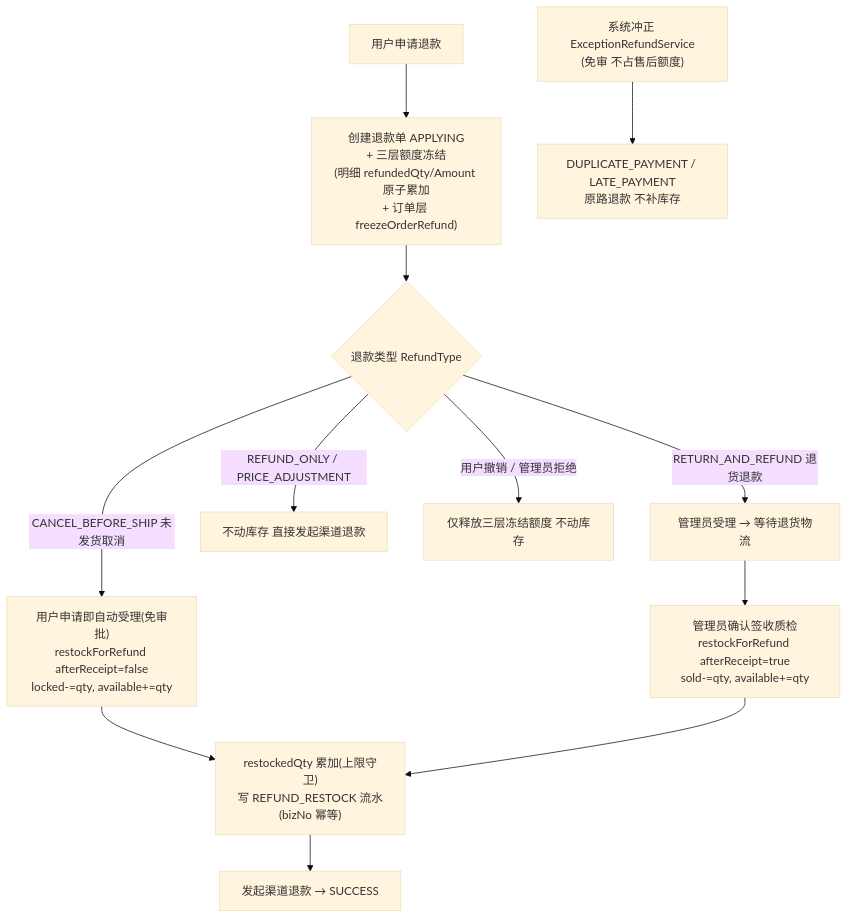
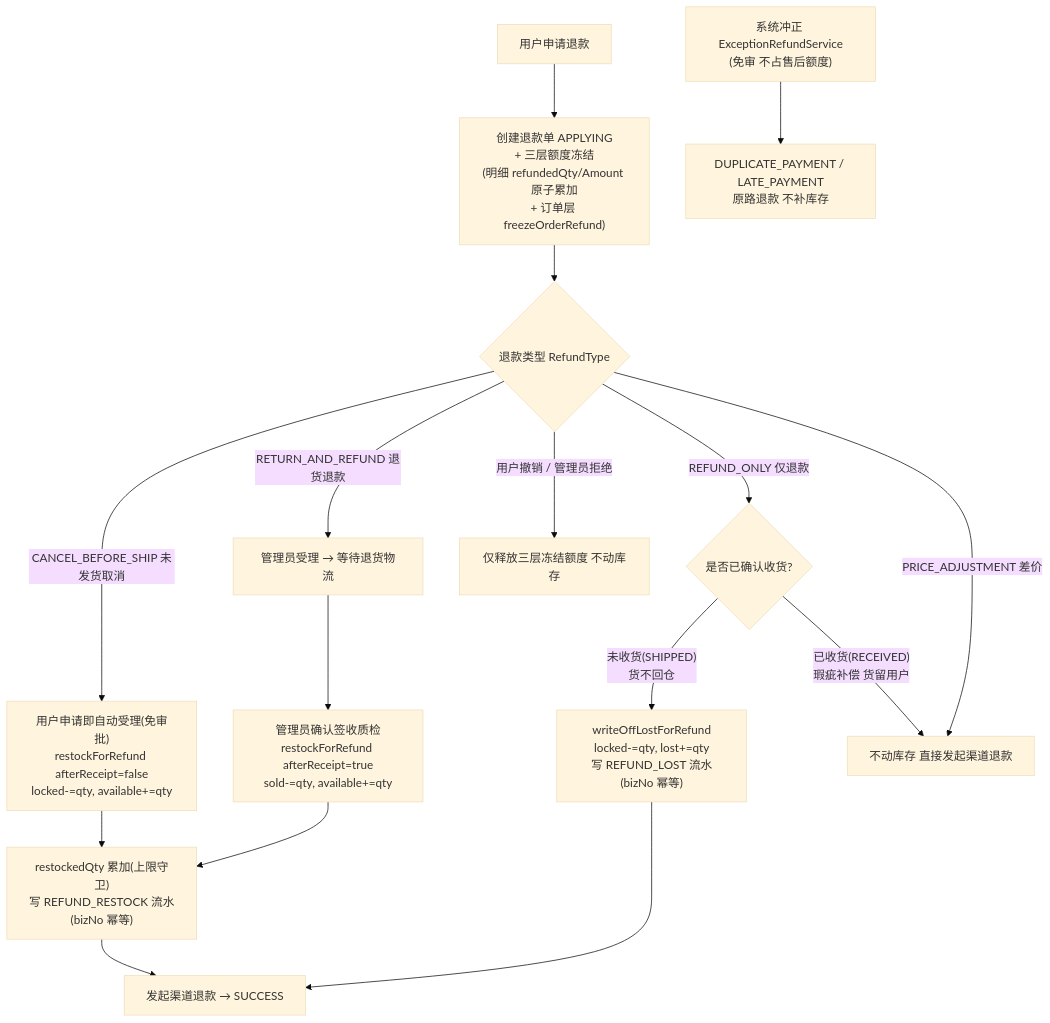
The fourth of 5 diagrams in CODE_INTRO.md (cpc-lib/mall), drawn with Mermaid (base theme) before and after one commit. The commit also changed other lines of this file and 20 other files, not shown here.

````diff
--- a/CODE_INTRO.md
+++ b/CODE_INTRO.md
@@ -237,14 +238,18 @@
 ```mermaid
 flowchart TD
     A[用户申请退款] --> B["创建退款单 APPLYING<br/>+ 三层额度冻结<br/>(明细 refundedQty/Amount 原子累加<br/>+ 订单层 freezeOrderRefund)"]
     B --> C{退款类型 RefundType}
     C -->|CANCEL_BEFORE_SHIP 未发货取消| D["用户申请即自动受理(免审批)<br/>restockForRefund afterReceipt=false<br/>locked-=qty, available+=qty"]
     D --> G["restockedQty 累加(上限守卫)<br/>写 REFUND_RESTOCK 流水(bizNo 幂等)"]
     G --> H[发起渠道退款 → SUCCESS]
     C -->|RETURN_AND_REFUND 退货退款| I[管理员受理 → 等待退货物流]
     I --> J["管理员确认签收质检<br/>restockForRefund afterReceipt=true<br/>sold-=qty, available+=qty"]
     J --> G
-    C -->|"REFUND_ONLY / PRICE_ADJUSTMENT"| L[不动库存 直接发起渠道退款]
+    C -->|"REFUND_ONLY 仅退款"| RO{是否已确认收货?}
+    RO -->|"未收货(SHIPPED)<br/>货不回仓"| RP["writeOffLostForRefund<br/>locked-=qty, lost+=qty<br/>写 REFUND_LOST 流水(bizNo 幂等)"]
+    RP --> H
+    RO -->|"已收货(RECEIVED)<br/>瑕疵补偿 货留用户"| L[不动库存 直接发起渠道退款]
+    C -->|PRICE_ADJUSTMENT 差价| L
     C -->|用户撤销 / 管理员拒绝| M[仅释放三层冻结额度 不动库存]
     N["系统冲正 ExceptionRefundService<br/>(免审 不占售后额度)"] --> O["DUPLICATE_PAYMENT / LATE_PAYMENT<br/>原路退款 不补库存"]
 ```
````
